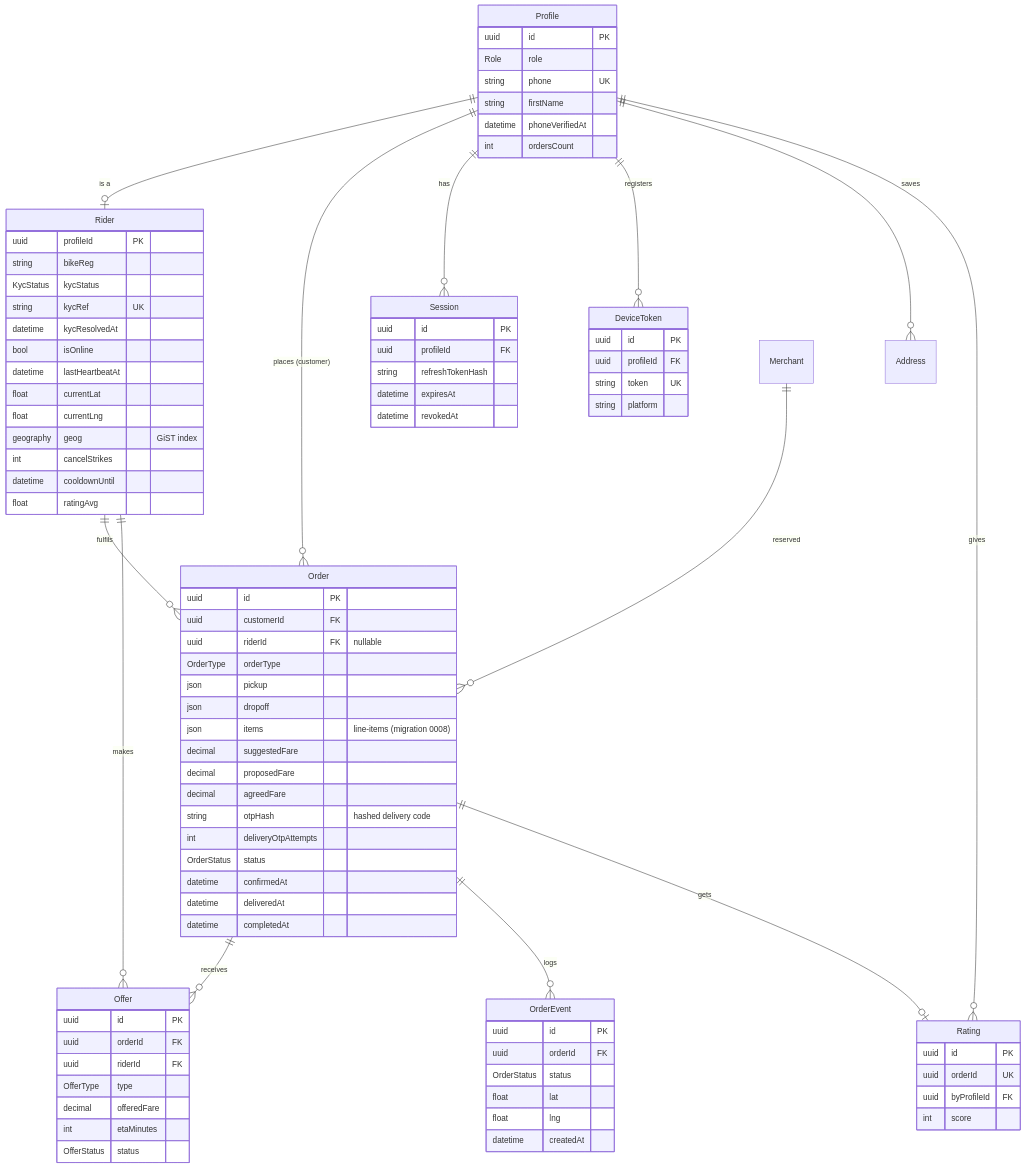
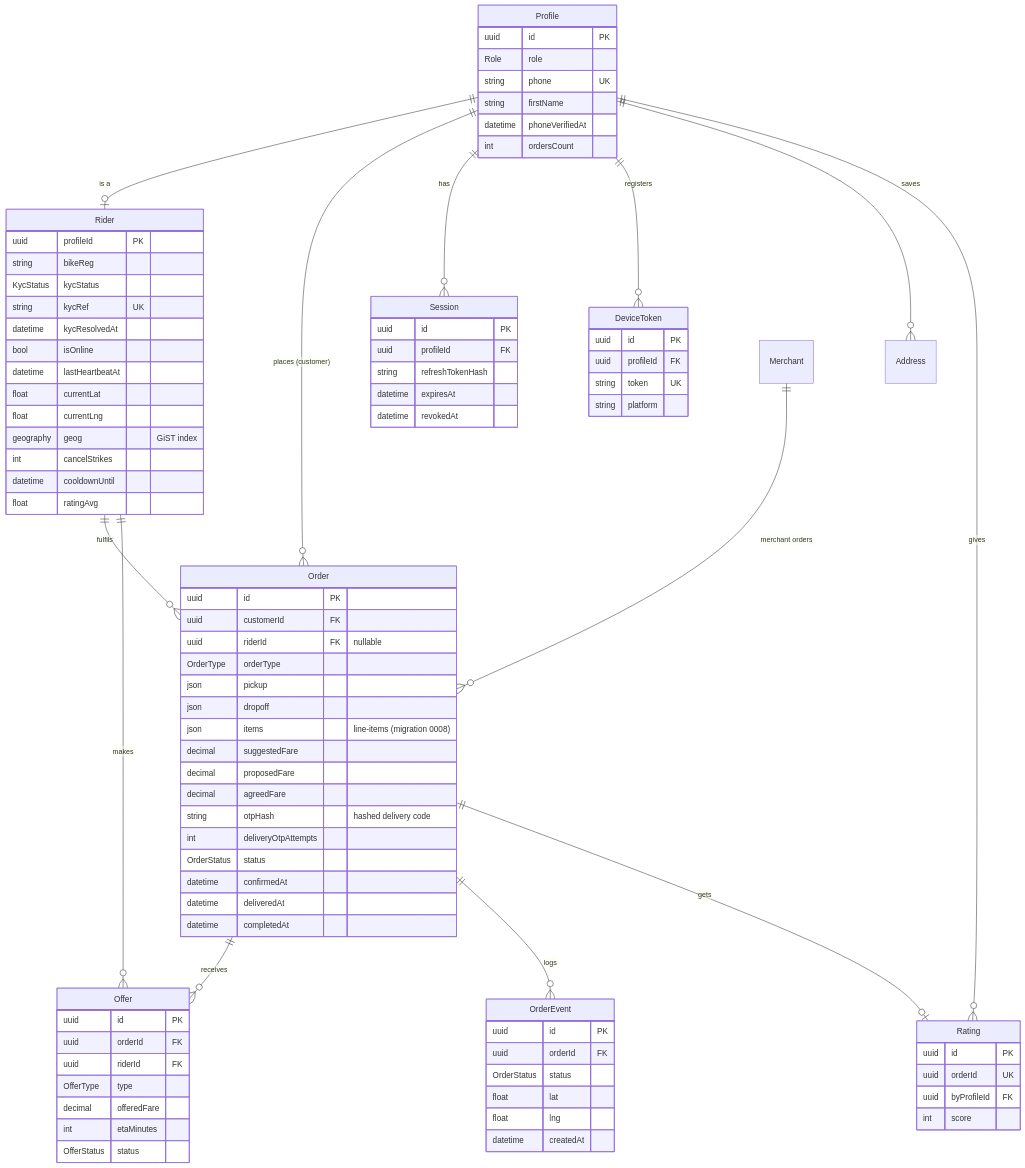
The sixth of 17 diagrams in docs/ARCHITECTURE.md (unnfazzed/Lynia), drawn with Mermaid before and after one commit. The commit also changed other lines of this file and 64 other files, not shown here.

```diff
--- a/docs/ARCHITECTURE.md
+++ b/docs/ARCHITECTURE.md
@@ -454,7 +510,7 @@
     Order ||--o{ Offer : "receives"
     Order ||--o{ OrderEvent : "logs"
     Order ||--o| Rating : "gets"
-    Merchant ||--o{ Order : "reserved"
+    Merchant ||--o{ Order : "merchant orders"
 
     Profile {
         uuid id PK
```
